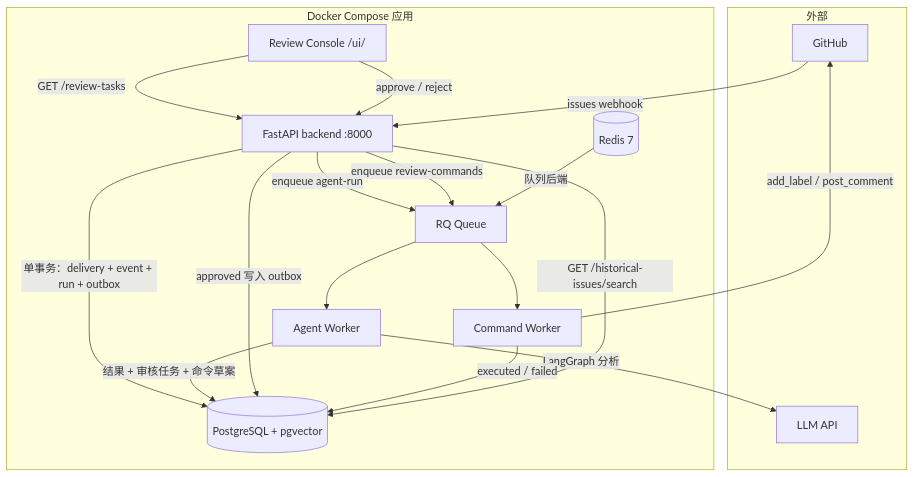
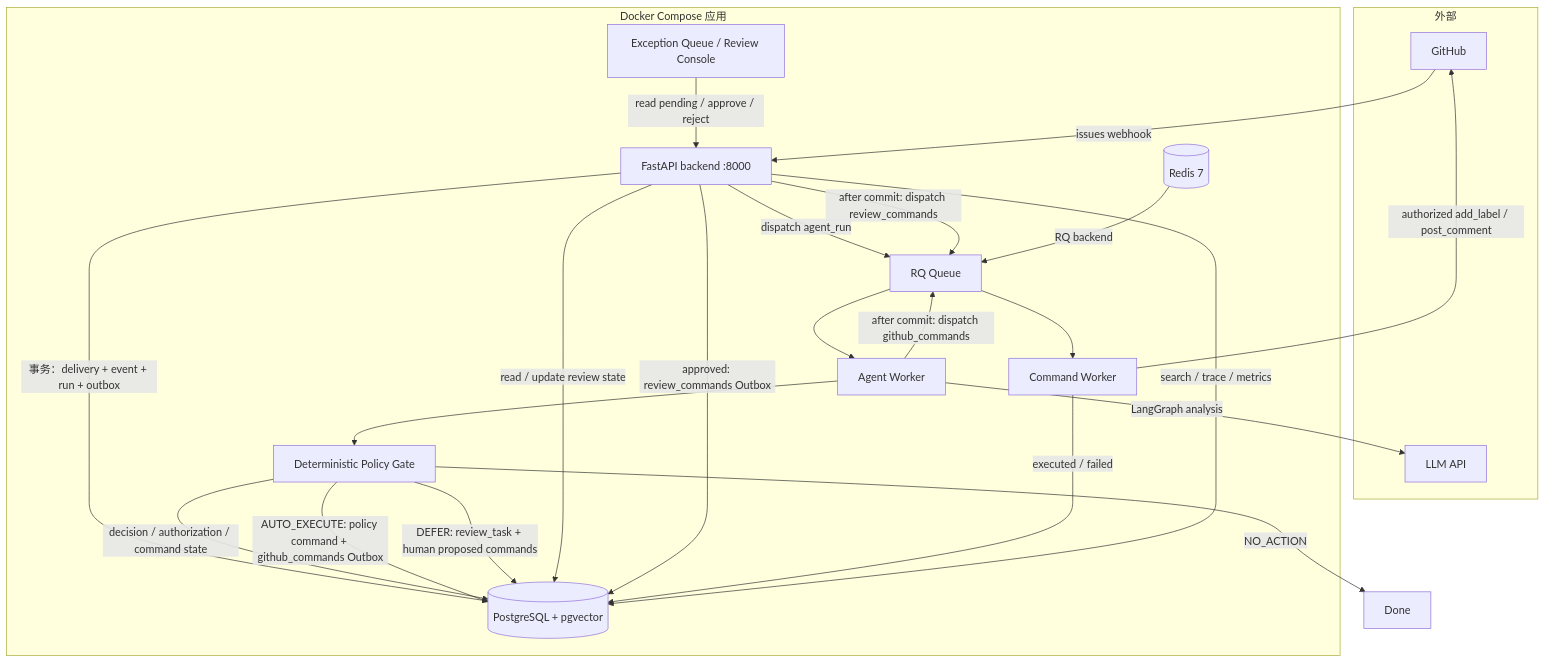
Before and after one commit to chengyebi/issueflow-agent: the first of 3 diagrams in README.md, drawn with Mermaid. The commit also changed other lines of this file, not shown here.

````diff
--- a/README.md
+++ b/README.md
@@ -96,33 +115,45 @@
 ```mermaid
 flowchart TB
     subgraph Ext["外部"]
         GH["GitHub"]
         LLM["LLM API"]
     end
 
     subgraph App["Docker Compose 应用"]
         API["FastAPI backend :8000"]
-        PG[("PostgreSQL + pgvector")]
+        DB[("PostgreSQL + pgvector")]
         RD[("Redis 7")]
         Q["RQ Queue"]
         AW["Agent Worker"]
+        PGATE["Deterministic Policy Gate"]
         CW["Command Worker"]
-        UI["Review Console /ui/"]
+        UI["Exception Queue / Review Console"]
     end
 
     GH -->|"issues webhook"| API
-    API -->|"单事务：delivery + event + run + outbox"| PG
-    API -->|"enqueue agent-run"| Q
+    API -->|"事务：delivery + event + run + outbox"| DB
+    API -->|"dispatch agent_run"| Q
+
     Q --> AW
-    AW -->|"LangGraph 分析"| LLM
-    AW -->|"结果 + 审核任务 + 命令草案"| PG
-    UI -->|"GET /review-tasks"| API
-    UI -->|"approve / reject"| API
-    API -->|"approved 写入 outbox"| PG
-    API -->|"enqueue review-commands"| Q
+    AW -->|"LangGraph analysis"| LLM
+    AW --> PGATE
+    PGATE -->|"decision / authorization / command state"| DB
+
+    PGATE -->|"AUTO_EXECUTE: policy command + github_commands Outbox"| DB
+    AW -->|"after commit: dispatch github_commands"| Q
+
+    PGATE -->|"DEFER: review_task + human proposed commands"| DB
+    UI -->|"read pending / approve / reject"| API
+    API -->|"read / update review state"| DB
+    API -->|"approved: review_commands Outbox"| DB
+    API -->|"after commit: dispatch review_commands"| Q
+
+    PGATE -->|"NO_ACTION"| DONE["Done"]
+
     Q --> CW
-    CW -->|"add_label / post_comment"| GH
-    CW -->|"executed / failed"| PG
-    API -->|"GET /historical-issues/search"| PG
-    RD -->|"队列后端"| Q
+    CW -->|"authorized add_label / post_comment"| GH
+    CW -->|"executed / failed"| DB
+
+    API -->|"search / trace / metrics"| DB
+    RD -->|"RQ backend"| Q
 ```
````
